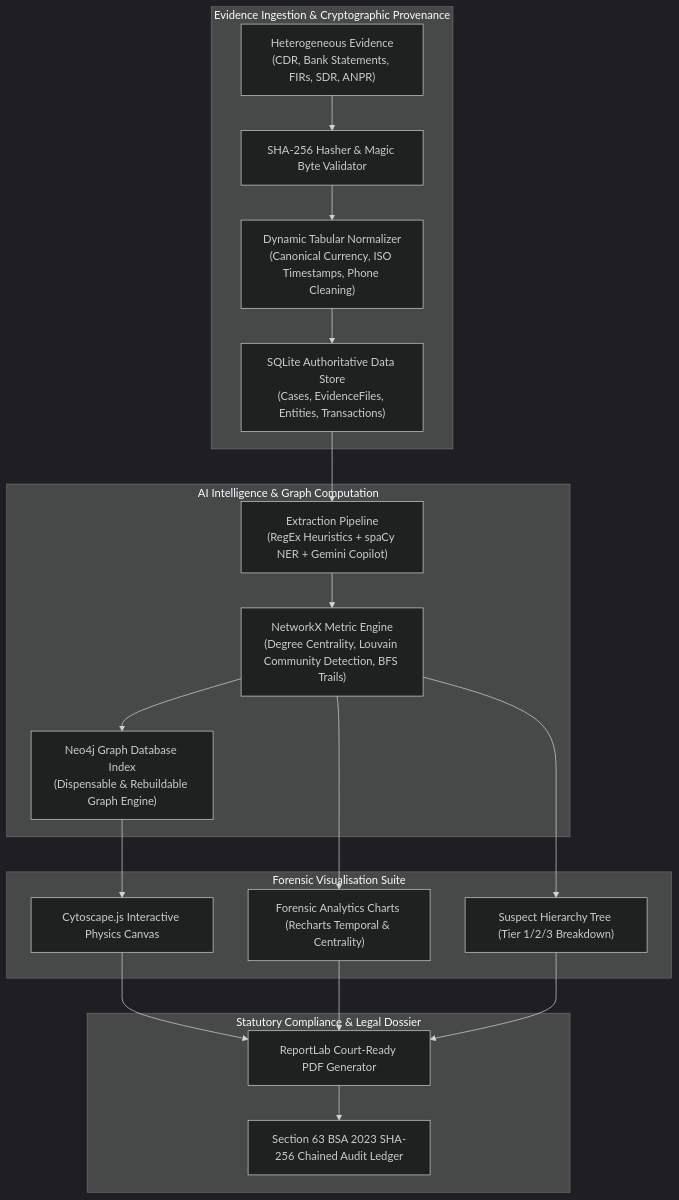
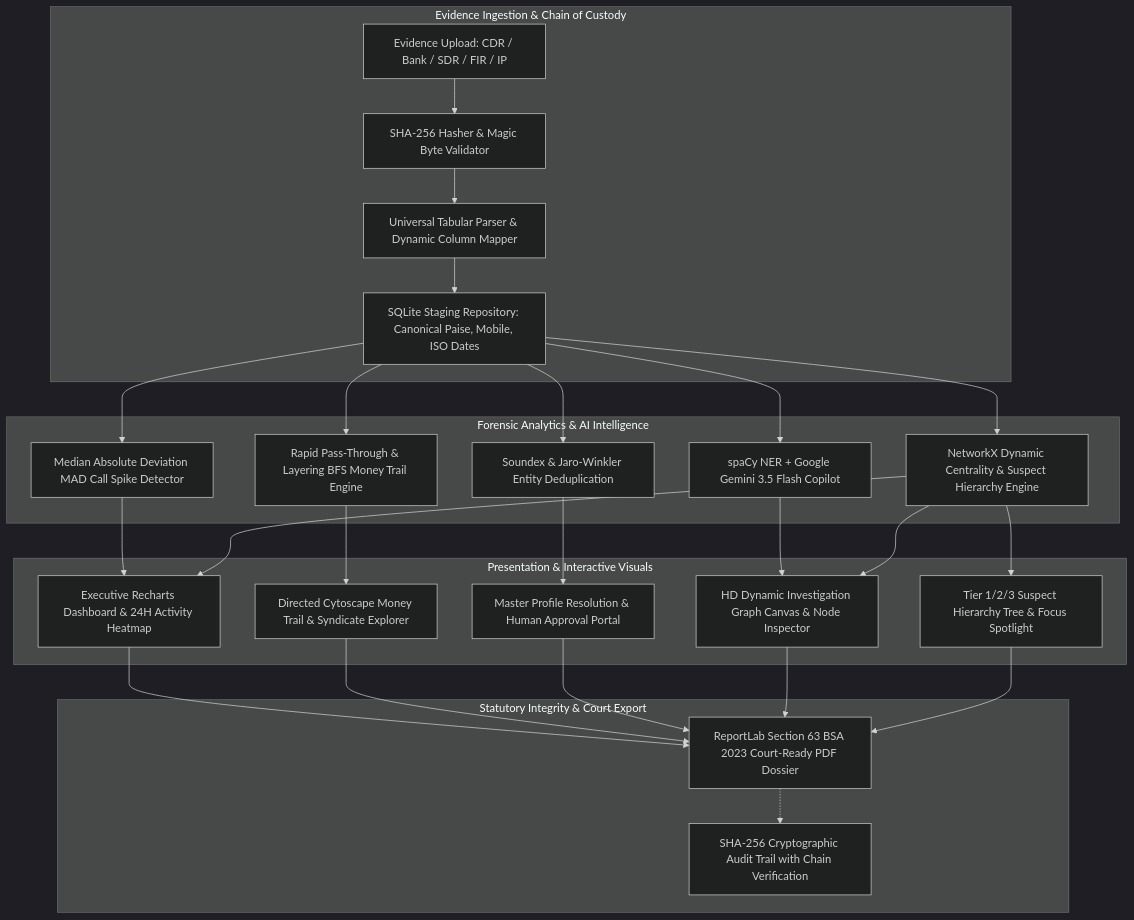
Before and after one commit to yatharth202-jpg/Case-Connect: the diagram in README.md, drawn with Mermaid (dark theme). The commit also changed other lines of this file, not shown here.

Commit message:
docs: Fuse master technical README with architecture diagram, test suite, and cloud/docker deployment guides

````diff
--- a/README.md
+++ b/README.md
@@ -56,25 +106,29 @@
 ```mermaid
 graph TD
-    subgraph Evidence Ingestion & Cryptographic Provenance
-        A["Heterogeneous Evidence<br/>(CDR, Bank Statements, FIRs, SDR, ANPR)"] --> B["SHA-256 Hasher & Magic Byte Validator"]
-        B --> C["Dynamic Tabular Normalizer<br/>(Canonical Currency, ISO Timestamps, Phone Cleaning)"]
-        C --> D["SQLite Authoritative Data Store<br/>(Cases, EvidenceFiles, Entities, Transactions)"]
+    subgraph Evidence Ingestion & Chain of Custody
+        A[Evidence Upload: CDR / Bank / SDR / FIR / IP] --> B[SHA-256 Hasher & Magic Byte Validator]
+        B --> C[Universal Tabular Parser & Dynamic Column Mapper]
+        C --> D[SQLite Staging Repository: Canonical Paise, Mobile, ISO Dates]
     end
 
-    subgraph AI Intelligence & Graph Computation
-        D --> E["Extraction Pipeline<br/>(RegEx Heuristics + spaCy NER + Gemini Copilot)"]
-        E --> F["NetworkX Metric Engine<br/>(Degree Centrality, Louvain Community Detection, BFS Trails)"]
-        F --> G["Neo4j Graph Database Index<br/>(Dispensable & Rebuildable Graph Engine)"]
+    subgraph Forensic Analytics & AI Intelligence
+        D --> E[Median Absolute Deviation MAD Call Spike Detector]
+        D --> F[Rapid Pass-Through & Layering BFS Money Trail Engine]
+        D --> G[Soundex & Jaro-Winkler Entity Deduplication]
+        D --> H[spaCy NER + Google Gemini 3.5 Flash Copilot]
+        D --> I[NetworkX Dynamic Centrality & Suspect Hierarchy Engine]
     end
 
-    subgraph Forensic Visualisation Suite
-        G --> H["Cytoscape.js Interactive Physics Canvas"]
-        F --> I["Forensic Analytics Charts (Recharts Temporal & Centrality)"]
-        F --> J["Suspect Hierarchy Tree (Tier 1/2/3 Breakdown)"]
+    subgraph Presentation & Interactive Visuals
+        E & I --> J[Executive Recharts Dashboard & 24H Activity Heatmap]
+        F --> K[Directed Cytoscape Money Trail & Syndicate Explorer]
+        G --> L[Master Profile Resolution & Human Approval Portal]
+        H & I --> M[HD Dynamic Investigation Graph Canvas & Node Inspector]
+        I --> N[Tier 1/2/3 Suspect Hierarchy Tree & Focus Spotlight]
     end
 
-    subgraph Statutory Compliance & Legal Dossier
-        H & I & J --> K["ReportLab Court-Ready PDF Generator"]
-        K --> L["Section 63 BSA 2023 SHA-256 Chained Audit Ledger"]
+    subgraph Statutory Integrity & Court Export
+        J & K & L & M & N --> O[ReportLab Section 63 BSA 2023 Court-Ready PDF Dossier]
+        O -.-> P[SHA-256 Cryptographic Audit Trail with Chain Verification]
     end
 ```
````
